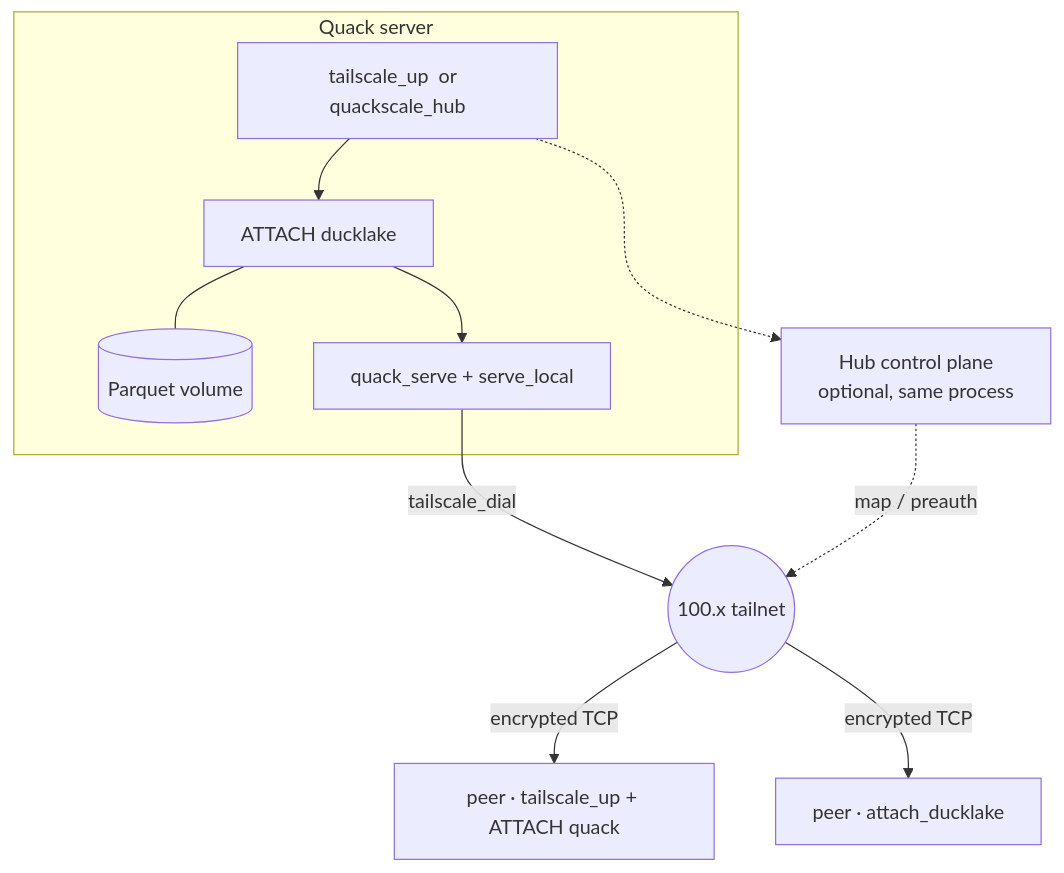
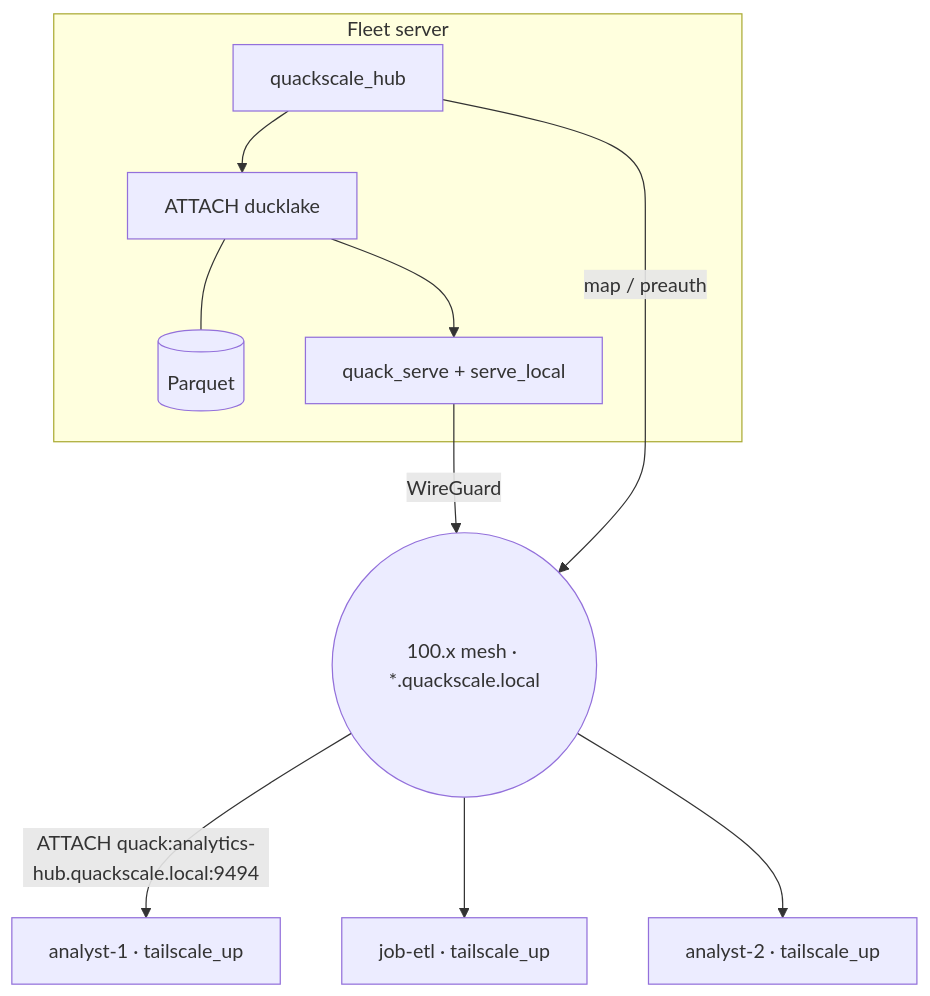
The diagram in README.md (Query-farm/quackscale), drawn with Mermaid before and after one commit. The commit also changed other lines of this file and 7 other files, not shown here.

First line of the commit message:
Lead docs and examples with an in-process hub query fleet.

````diff
--- a/README.md
+++ b/README.md
@@ -147,26 +120,24 @@
 ```mermaid
 flowchart TB
-    subgraph server["Quack server"]
-        s1["tailscale_up  or  quackscale_hub"]
+    subgraph server["Fleet server"]
+        s1[quackscale_hub]
         dl[ATTACH ducklake]
-        pq[(Parquet volume)]
+        pq[(Parquet)]
         sq[quack_serve + serve_local]
         s1 --> dl
         dl --- pq
         dl --> sq
     end
 
-    wb["Hub control plane<br/>optional, same process"]
-    s1 -.-> wb
+    m((100.x mesh · *.quackscale.local))
+    s1 -->|map / preauth| m
+    sq -->|WireGuard| m
 
-    m((100.x tailnet))
+    c1["analyst-1 · tailscale_up"]
+    c2["job-etl · tailscale_up"]
+    c3["analyst-2 · tailscale_up"]
 
-    sq -->|tailscale_dial| m
-    wb -.->|map / preauth| m
-
-    c1["peer · tailscale_up + ATTACH quack"]
-    c2["peer · attach_ducklake"]
-
-    m -->|encrypted TCP| c1
-    m -->|encrypted TCP| c2
+    m -->|ATTACH quack:analytics-hub.quackscale.local:9494| c1
+    m --> c2
+    m --> c3
 ```
````
